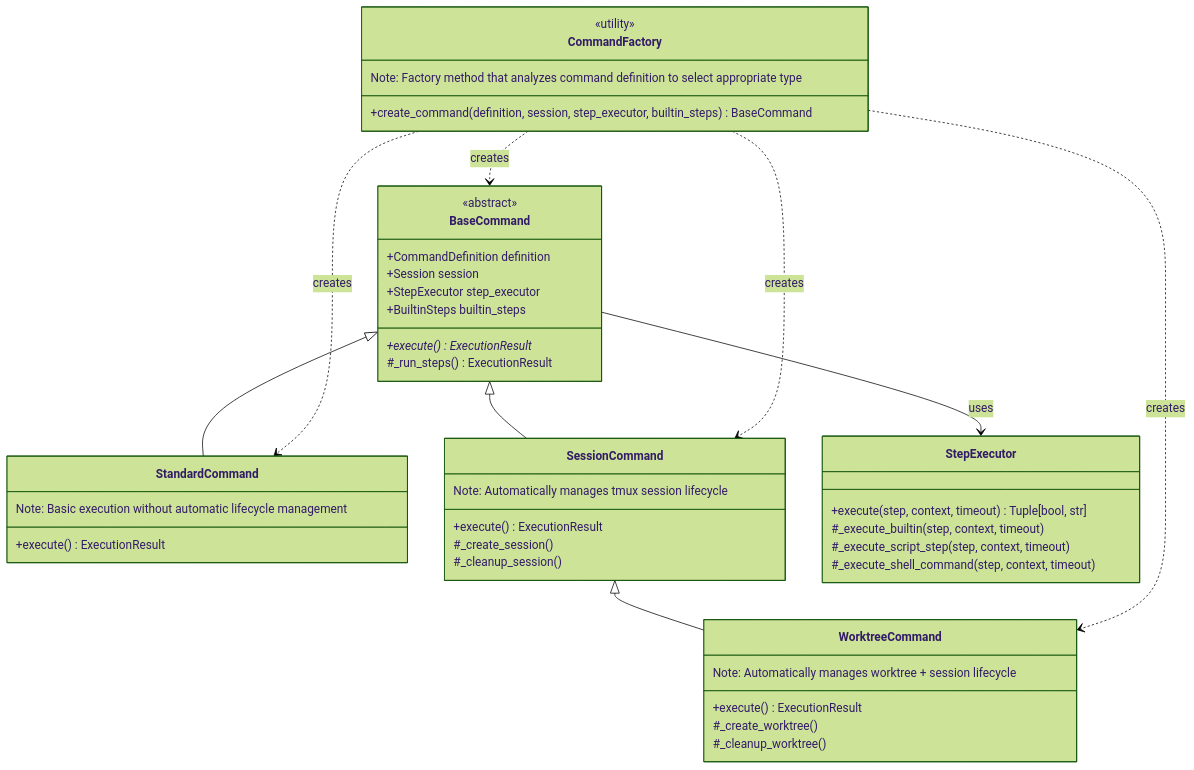
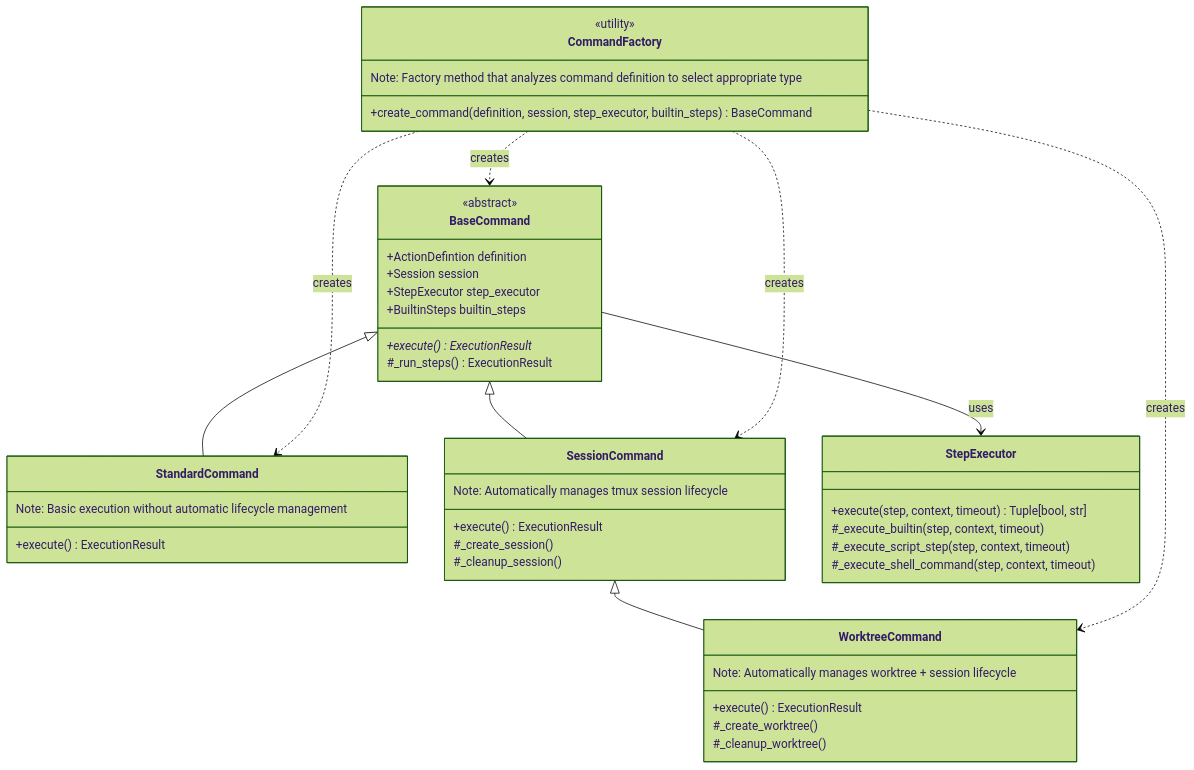
The diagram in diagrams/05-command-hierarchy.md (unbracketed/juiceprune), drawn with Mermaid (forest theme) before and after one commit. The commit also changed 26 other files, not shown here.

Commit message:
Renames Command -> Action

````diff
--- a/diagrams/05-command-hierarchy.md
+++ b/diagrams/05-command-hierarchy.md
@@ -5,58 +5,58 @@
 ```mermaid
 classDiagram
     class BaseCommand {
         <<abstract>>
-        +CommandDefinition definition
+        +ActionDefintion definition
         +Session session
         +StepExecutor step_executor
         +BuiltinSteps builtin_steps
         +execute()* ExecutionResult
         #_run_steps() ExecutionResult
     }
     
     class StandardCommand {
         +execute() ExecutionResult
         Note: Basic execution without automatic lifecycle management
     }
     
     class SessionCommand {
         +execute() ExecutionResult
         #_create_session()
         #_cleanup_session()
         Note: Automatically manages tmux session lifecycle
     }
     
     class WorktreeCommand {
         +execute() ExecutionResult
         #_create_worktree()
         #_cleanup_worktree()
         Note: Automatically manages worktree + session lifecycle
     }
     
     class CommandFactory {
         <<utility>>
         +create_command(definition, session, step_executor, builtin_steps) BaseCommand
         Note: Factory method that analyzes command definition to select appropriate type
     }
     
     %% Inheritance
     BaseCommand <|-- StandardCommand
     BaseCommand <|-- SessionCommand
     SessionCommand <|-- WorktreeCommand
     
     %% Factory relationship
     CommandFactory ..> BaseCommand : creates
     CommandFactory ..> StandardCommand : creates
     CommandFactory ..> SessionCommand : creates
     CommandFactory ..> WorktreeCommand : creates
     
     %% Step execution relationship
     BaseCommand --> StepExecutor : uses
     
     class StepExecutor {
         +execute(step, context, timeout) Tuple[bool, str]
         #_execute_builtin(step, context, timeout)
         #_execute_script_step(step, context, timeout)
         #_execute_shell_command(step, context, timeout)
     }
 ```
````
